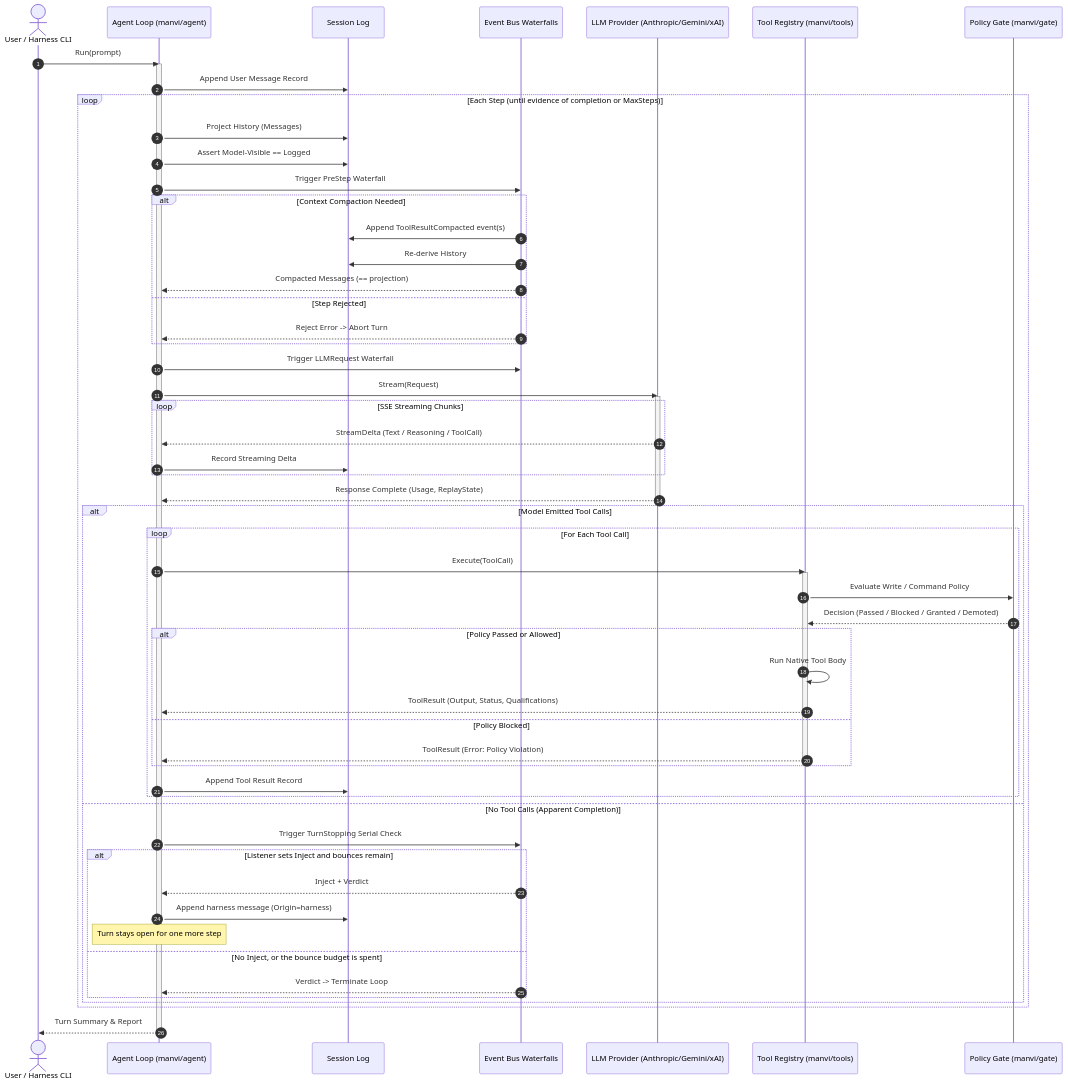
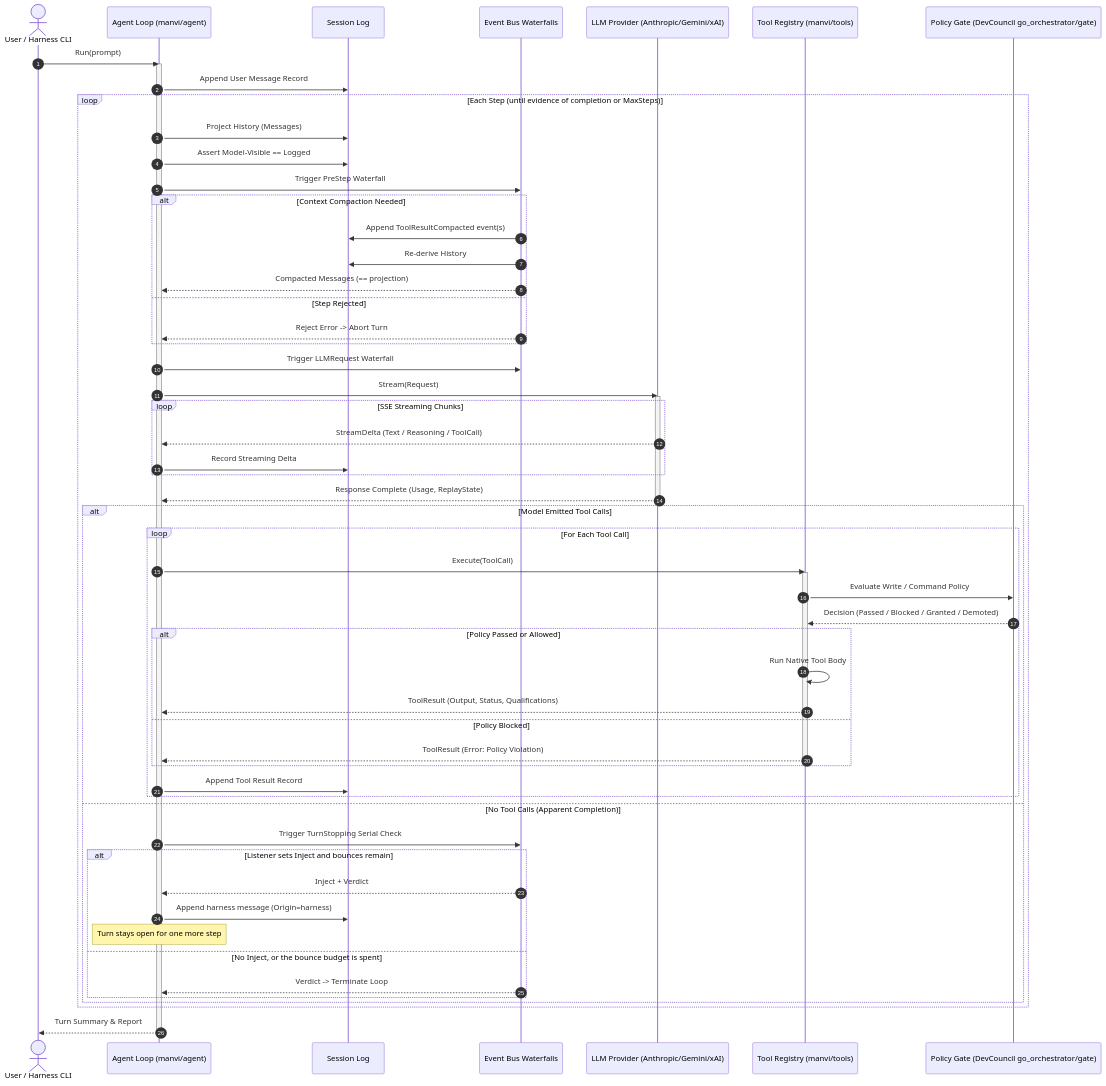
One commit to bharathvbcr/Manvi changed the first of 6 diagrams in docs/AGENT_AND_TURN_LIFECYCLE.md. Above: the diagram before and after it, drawn with Mermaid. The commit also changed 14 other files, not shown here.

First line of the commit message:
docs: sync docs to the DevCouncil-module layout, pinned toolchain and current counts

````diff
--- a/docs/AGENT_AND_TURN_LIFECYCLE.md
+++ b/docs/AGENT_AND_TURN_LIFECYCLE.md
@@ -11,71 +11,71 @@
 ```mermaid
 sequenceDiagram
     autonumber
     actor User as User / Harness CLI
     participant AL as Agent Loop (manvi/agent)
     participant Log as Session Log
     participant Waterfall as Event Bus Waterfalls
     participant Provider as LLM Provider (Anthropic/Gemini/xAI)
     participant ToolReg as Tool Registry (manvi/tools)
-    participant Gate as Policy Gate (manvi/gate)
+    participant Gate as Policy Gate (DevCouncil go_orchestrator/gate)
 
     User->>AL: Run(prompt)
     activate AL
     AL->>Log: Append User Message Record
     
     loop Each Step (until evidence of completion or MaxSteps)
         AL->>Log: Project History (Messages)
         AL->>Log: Assert Model-Visible == Logged
         
         AL->>Waterfall: Trigger PreStep Waterfall
         alt Context Compaction Needed
             Waterfall->>Log: Append ToolResultCompacted event(s)
             Waterfall->>Log: Re-derive History
             Waterfall-->>AL: Compacted Messages (== projection)
         else Step Rejected
             Waterfall-->>AL: Reject Error -> Abort Turn
         end
 
         AL->>Waterfall: Trigger LLMRequest Waterfall
         AL->>Provider: Stream(Request)
         activate Provider
         
         loop SSE Streaming Chunks
             Provider-->>AL: StreamDelta (Text / Reasoning / ToolCall)
             AL->>Log: Record Streaming Delta
         end
         Provider-->>AL: Response Complete (Usage, ReplayState)
         deactivate Provider
 
         alt Model Emitted Tool Calls
             loop For Each Tool Call
                 AL->>ToolReg: Execute(ToolCall)
                 activate ToolReg
                 ToolReg->>Gate: Evaluate Write / Command Policy
                 Gate-->>ToolReg: Decision (Passed / Blocked / Granted / Demoted)
                 
                 alt Policy Passed or Allowed
                     ToolReg->>ToolReg: Run Native Tool Body
                     ToolReg-->>AL: ToolResult (Output, Status, Qualifications)
                 else Policy Blocked
                     ToolReg-->>AL: ToolResult (Error: Policy Violation)
                 end
                 deactivate ToolReg
                 
                 AL->>Log: Append Tool Result Record
             end
         else No Tool Calls (Apparent Completion)
             AL->>Waterfall: Trigger TurnStopping Serial Check
             alt Listener sets Inject and bounces remain
                 Waterfall-->>AL: Inject + Verdict
                 AL->>Log: Append harness message (Origin=harness)
                 Note over AL: Turn stays open for one more step
             else No Inject, or the bounce budget is spent
                 Waterfall-->>AL: Verdict -> Terminate Loop
             end
         end
     end
     
     AL-->>User: Turn Summary & Report
     deactivate AL
 ```
````
